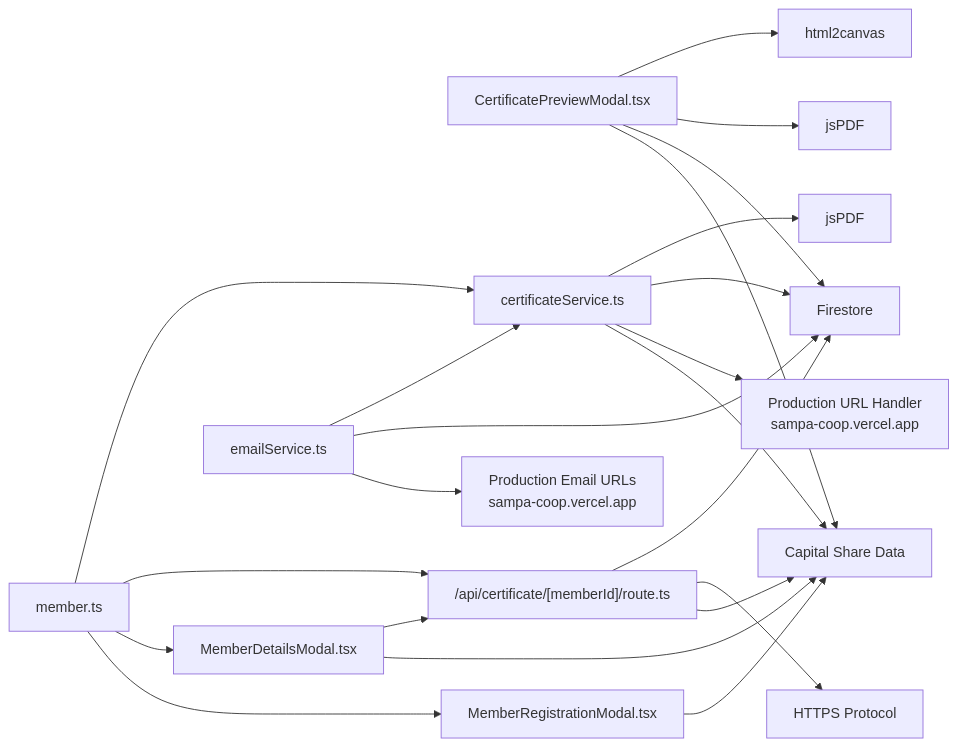
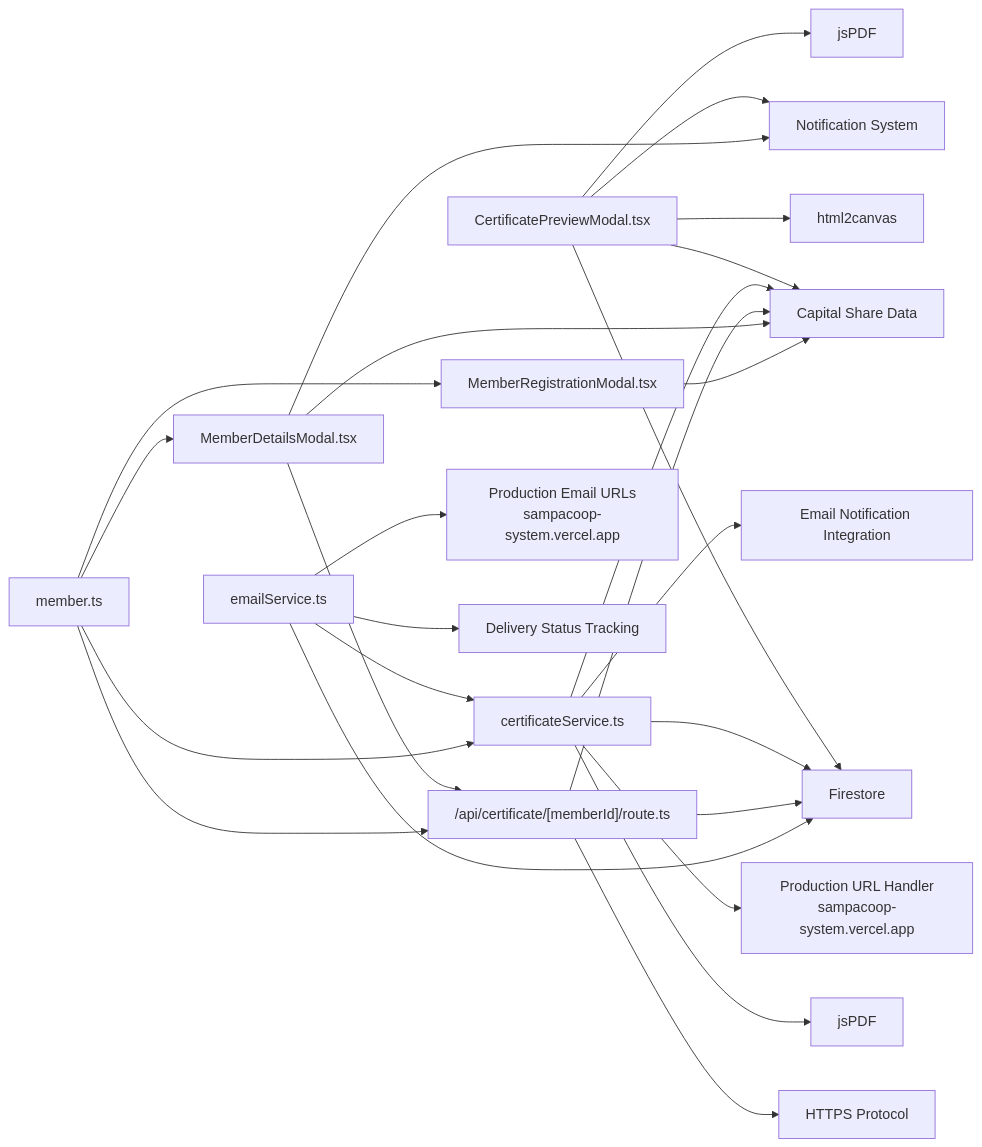
Before and after one commit to Unsure-bry/sampacoop_system: the seventh of 7 diagrams in .qoder/repowiki/en/content/Email & Notification System/Certificate Generation System.md, drawn with Mermaid. The commit also changed other lines of this file and 3 other files, not shown here.

````diff
--- a/.qoder/repowiki/en/content/Email & Notification System/Certificate Generation System.md
+++ b/.qoder/repowiki/en/content/Email & Notification System/Certificate Generation System.md
@@ -597,24 +686,28 @@
 ```mermaid
 graph LR
 Preview["CertificatePreviewModal.tsx"] --> HTML2["html2canvas"]
 Preview --> JSPDF["jsPDF"]
 Preview --> FS["Firestore"]
 Preview --> CapitalShare["Capital Share Data"]
+Preview --> Notifications["Notification System"]
 Service["certificateService.ts"] --> JS["jsPDF"]
 Service --> FS
-Service --> ProdURL["Production URL Handler<br/>sampa-coop.vercel.app"]
+Service --> ProdURL["Production URL Handler<br/>sampacoop-system.vercel.app"]
 Service --> CapitalShare
+Service --> EmailIntegration["Email Notification Integration"]
 API["/api/certificate/[memberId]/route.ts"] --> FS
 API --> HTTPS["HTTPS Protocol"]
 API --> CapitalShare
 MemberDetails["MemberDetailsModal.tsx"] --> API
 MemberDetails --> CapitalShare
+MemberDetails --> Notifications
 MemberRegistration["MemberRegistrationModal.tsx"] --> CapitalShare
 Email["emailService.ts"] --> Service
 Email --> FS
-Email --> ProdEmail["Production Email URLs<br/>sampa-coop.vercel.app"]
+Email --> ProdEmail["Production Email URLs<br/>sampacoop-system.vercel.app"]
+Email --> StatusTracking["Delivery Status Tracking"]
 Types["member.ts"] --> Service
 Types --> API
 Types --> MemberDetails
 Types --> MemberRegistration
 ```
````
